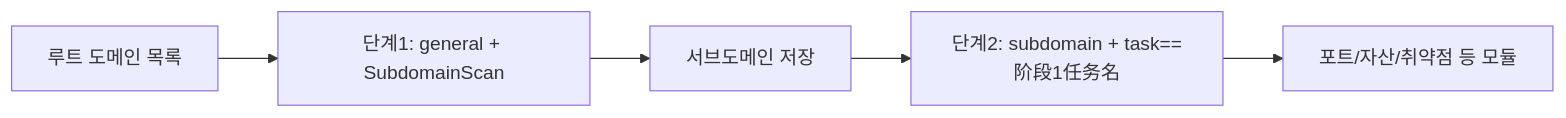
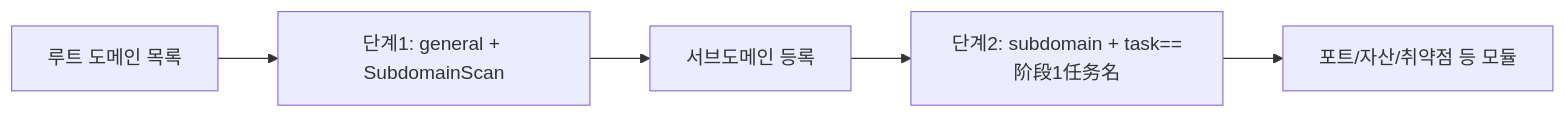
Before and after one commit to Doyoun510/ARTEX_ko: the diagram in skills/scopesentry/SKILL.md, drawn with Mermaid. The commit also changed 1 other file, not shown here.

Commit message:
translation(skill): 서브도메인 등록 표기 통일

````diff
--- a/skills/scopesentry/SKILL.md
+++ b/skills/scopesentry/SKILL.md
@@ -165,7 +165,7 @@
 ```mermaid
 flowchart LR
   A[루트 도메인 목록] --> B[단계1: general + SubdomainScan]
-  B --> C[서브도메인 저장]
+  B --> C[서브도메인 등록]
   C --> D[단계2: subdomain + task==阶段1任务名]
   D --> E[포트/자산/취약점 등 모듈]
 ```
````
